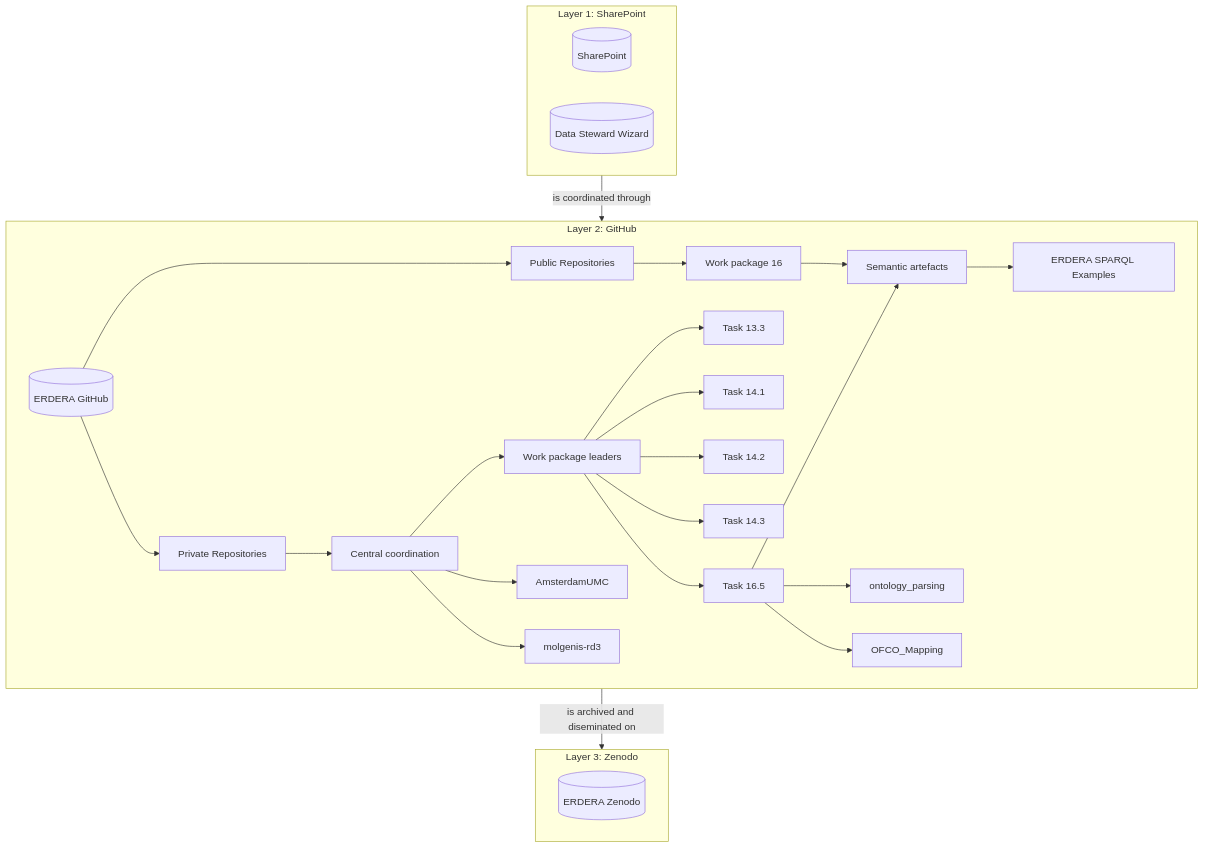
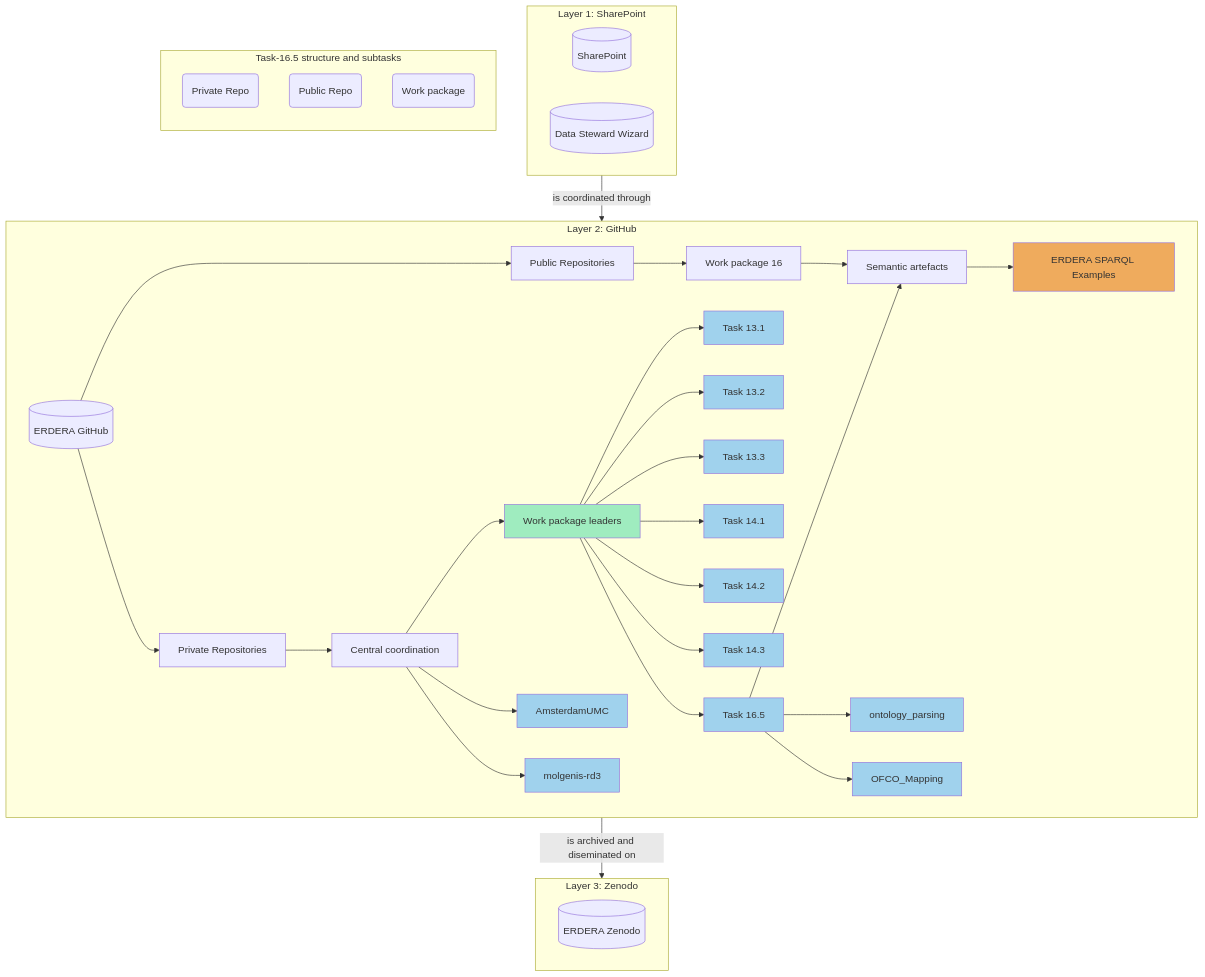
One commit to ERDERA/REPO-central-coordination changed the diagram in README.md. Above: the diagram before and after it, drawn with Mermaid.

Commit message:
docs: update mermaid link + color

````diff
--- a/README.md
+++ b/README.md
@@ -75,36 +75,69 @@
 ```mermaid
 graph TD
     subgraph ClusterA [Layer 1: SharePoint]
         SP[(SharePoint)]
         DSW[(Data Steward Wizard)]
     end
 
     subgraph ClusterB [Layer 2: GitHub]
     direction LR
         EGH[(ERDERA GitHub)] --> PrivR[Private Repositories]
         EGH --> PubR[Public Repositories]  
         PubR --> WP16[Work package 16]
         WP16 --> SE[Semantic artefacts]
         
         SE --> SPARQLEX[ERDERA SPARQL Examples]
         PrivR --> CC[Central coordination]
         CC --> WPL[Work package leaders]
         CC --> AMC[AmsterdamUMC]
         CC --> MR[molgenis-rd3]
+        WPL --> 13.1[Task 13.1]
+        WPL --> 13.2[Task 13.2]
         WPL --> 13.3[Task 13.3]
         WPL --> 14.1[Task 14.1]
         WPL --> 14.2[Task 14.2]
         WPL --> 14.3[Task 14.3]
         WPL --> 16.5[Task 16.5]
         16.5 --> OP[ontology_parsing]
         16.5 --> SE
         16.5 --> OFCO[OFCO_Mapping]
     end
 
     subgraph ClusterC [Layer 3: Zenodo]
         EZD[(ERDERA Zenodo)]
     end
     
     ClusterA --> |is coordinated through| ClusterB
     ClusterB --> |is archived and diseminated on| ClusterC
+
+    click OP "https://github.com/ERDERA/ontology_parsing"
+    click OFCO "https://github.com/ERDERA/OFCO_Mapping"
+    click SPARQLEX "https://github.com/ERDERA/sparql-examples"
+    click 16.5 "https://github.com/ERDERA/Task-16.5-coordination"
+    click 13.3 "https://github.com/ERDERA/Task-13.3"
+    click 14.1 "https://github.com/ERDERA/Task-14.1-coordination"
+    click 14.2 "https://github.com/ERDERA/Task-14.2"
+    click 14.3 "https://github.com/ERDERA/Task-14.3"
+    click 13.2 "https://github.com/ERDERA/Task-13.2"
+    click 13.1 "https://github.com/ERDERA/Task-13.1"
+    click MR "https://github.com/ERDERA/molgenis-rd3"
+    click AMC "https://github.com/ERDERA/AmsterdamUMC"
+
+    %% Colors
+    classDef repo2 fill:#efab5d
+    classDef repo fill:#a0d2ed
+    classDef wp fill:#9fecbf
+
+    class 16.5,OP,OFCO,13.3,14.1,14.2,14.3,13.2,13.1,Repo,MR,AMC repo;
+    class Repo2,SPARQLEX repo2;
+    class WPL,WP wp;
+
+    %% Legend
+    subgraph Cluster16_5 [Task-16.5 structure and subtasks]
+        direction TB
+        Repo(Private Repo)
+        Repo2(Public Repo)
+        WP(Work package)
+    end
+
 ```
````
